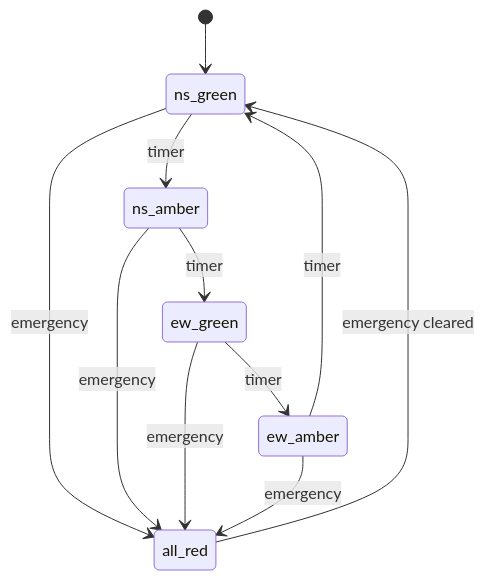
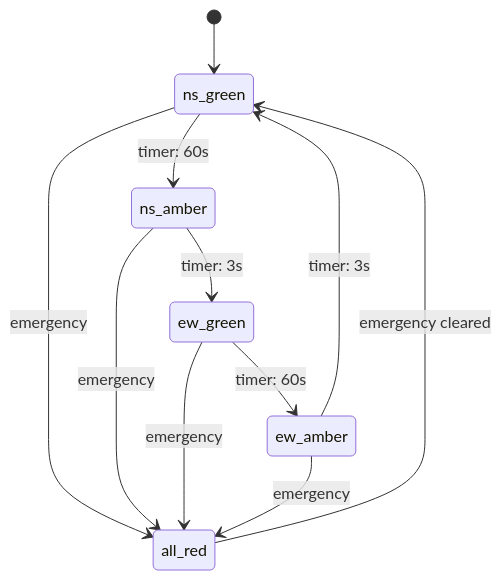
Before and after one commit to JoyceLeng/SystemVerilog_practice: the diagram in fsm/traffic_light/README.md, drawn with Mermaid.

Commit message:
Traffic Light FSM
Updated traffic light state timings in README.

````diff
--- a/fsm/traffic_light/README.md
+++ b/fsm/traffic_light/README.md
@@ -4,17 +4,17 @@
 ```mermaid
 stateDiagram-v2
 
 [*] --> ns_green
 
-ns_green --> ns_amber: timer
-ns_amber --> ew_green: timer
-ew_green --> ew_amber: timer
-ew_amber --> ns_green: timer
+ns_green --> ns_amber: timer: 60s
+ns_amber --> ew_green: timer: 3s
+ew_green --> ew_amber: timer: 60s
+ew_amber --> ns_green: timer: 3s
 
 ns_green --> all_red: emergency
 ns_amber --> all_red: emergency
 ew_green --> all_red: emergency
 ew_amber --> all_red: emergency
 
 all_red --> ns_green: emergency cleared
 ```
````
